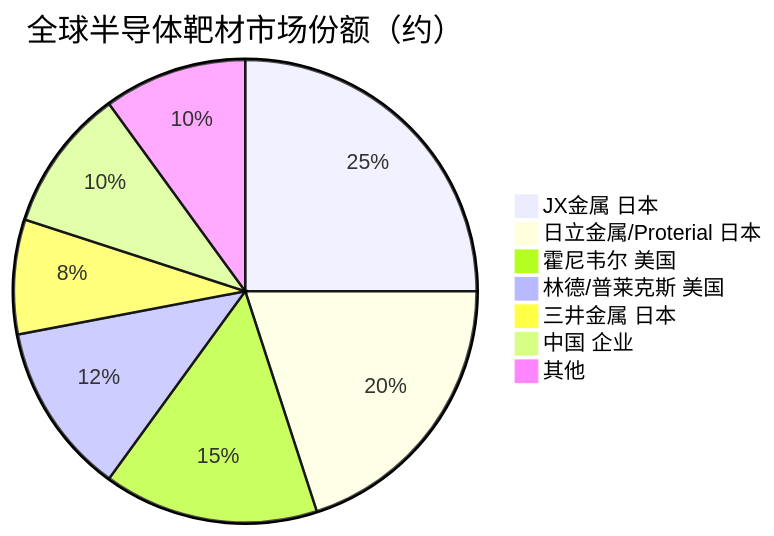
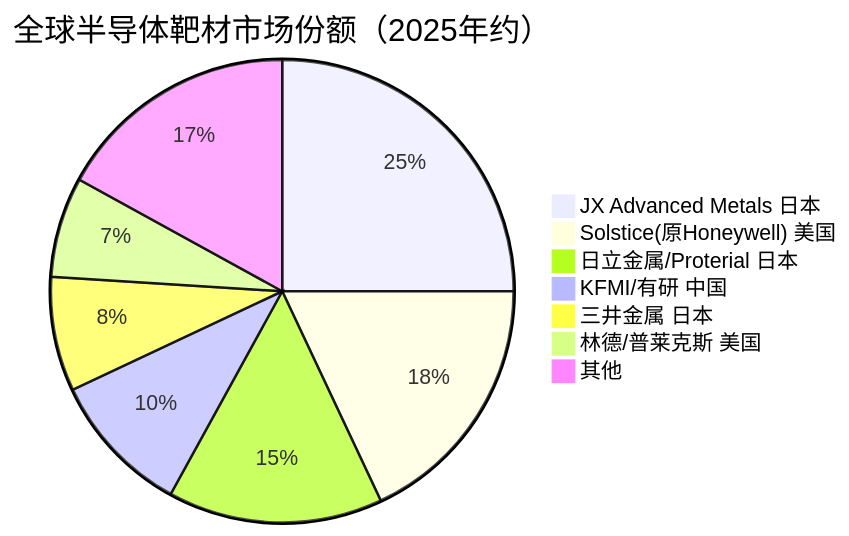
Before and after one commit to blueprint1453/industry-insight: the third of 3 diagrams in AI产业链/上游/原材料/靶材.md, drawn with Mermaid. The commit also changed other lines of this file and 78 other files, not shown here.

````diff
--- a/AI产业链/上游/原材料/靶材.md
+++ b/AI产业链/上游/原材料/靶材.md
@@ -120,10 +120,10 @@
 ```mermaid
-pie title 全球半导体靶材市场份额（约）
-    "JX金属 日本" : 25
-    "日立金属/Proterial 日本" : 20
-    "霍尼韦尔 美国" : 15
-    "林德/普莱克斯 美国" : 12
+pie title 全球半导体靶材市场份额（2025年约）
+    "JX Advanced Metals 日本" : 25
+    "Solstice(原Honeywell) 美国" : 18
+    "日立金属/Proterial 日本" : 15
+    "KFMI/有研 中国" : 10
     "三井金属 日本" : 8
-    "中国 企业" : 10
-    "其他" : 10
+    "林德/普莱克斯 美国" : 7
+    "其他" : 17
 ```
````
